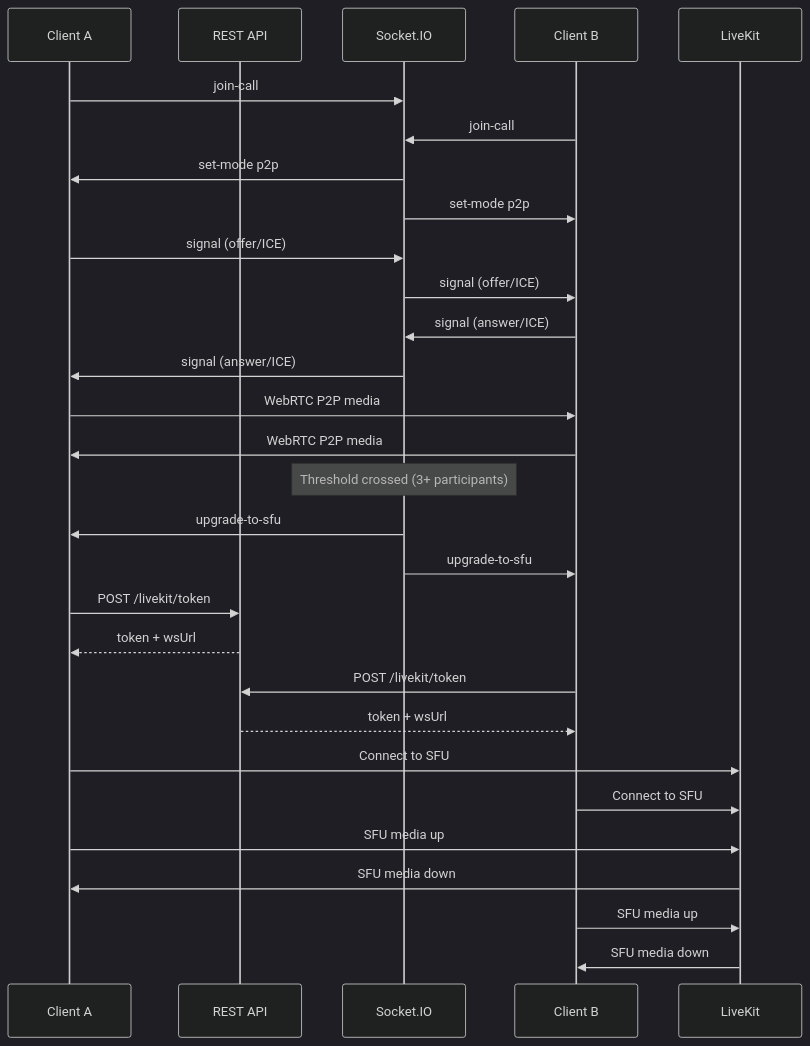
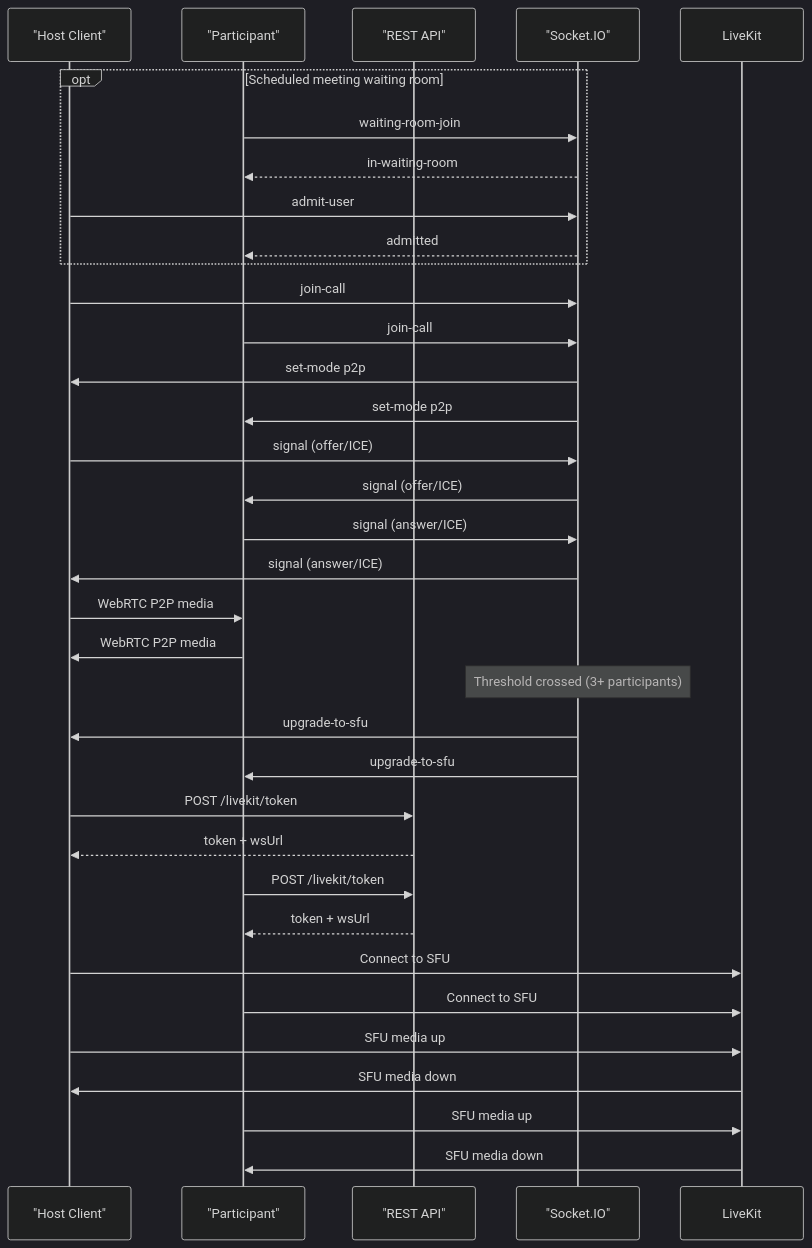
Before and after one commit to MANANPATEL7310/ConvoX: the second of 2 diagrams in README.md, drawn with Mermaid (dark theme). The commit also changed other lines of this file, not shown here.

````diff
--- a/README.md
+++ b/README.md
@@ -85,33 +99,40 @@
 ```mermaid
 sequenceDiagram
-  participant A as Client A
-  participant API as REST API
-  participant S as Socket.IO
-  participant B as Client B
+  participant H as "Host Client"
+  participant A as "Participant"
+  participant API as "REST API"
+  participant S as "Socket.IO"
   participant L as LiveKit
 
+  opt Scheduled meeting waiting room
+    A->>S: waiting-room-join
+    S-->>A: in-waiting-room
+    H->>S: admit-user
+    S-->>A: admitted
+  end
+
+  H->>S: join-call
   A->>S: join-call
-  B->>S: join-call
+  S->>H: set-mode p2p
   S->>A: set-mode p2p
-  S->>B: set-mode p2p
-  A->>S: signal (offer/ICE)
-  S->>B: signal (offer/ICE)
-  B->>S: signal (answer/ICE)
-  S->>A: signal (answer/ICE)
-  A->>B: WebRTC P2P media
-  B->>A: WebRTC P2P media
+  H->>S: signal (offer/ICE)
+  S->>A: signal (offer/ICE)
+  A->>S: signal (answer/ICE)
+  S->>H: signal (answer/ICE)
+  H->>A: WebRTC P2P media
+  A->>H: WebRTC P2P media
 
   Note over S: Threshold crossed (3+ participants)
+  S->>H: upgrade-to-sfu
   S->>A: upgrade-to-sfu
-  S->>B: upgrade-to-sfu
+  H->>API: POST /livekit/token
+  API-->>H: token + wsUrl
   A->>API: POST /livekit/token
   API-->>A: token + wsUrl
-  B->>API: POST /livekit/token
-  API-->>B: token + wsUrl
+  H->>L: Connect to SFU
   A->>L: Connect to SFU
-  B->>L: Connect to SFU
+  H->>L: SFU media up
+  L->>H: SFU media down
   A->>L: SFU media up
   L->>A: SFU media down
-  B->>L: SFU media up
-  L->>B: SFU media down
 ```
````
